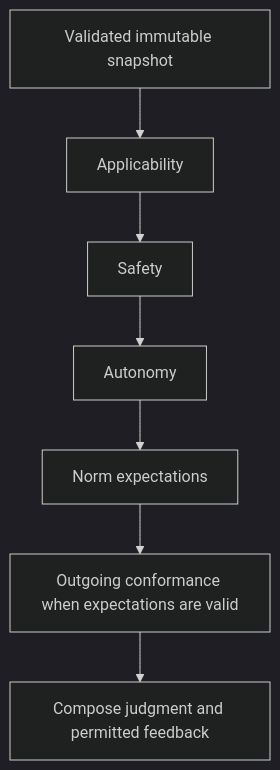
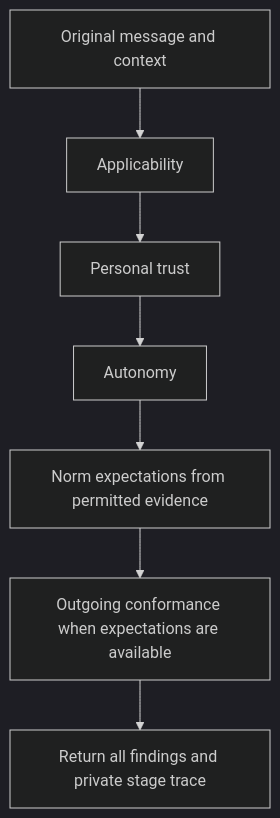
One commit to chughtapan/moltzap changed the first of 2 diagrams in docs/modules/client/src.mdx. Above: the diagram before and after it, drawn with Mermaid (dark theme). The commit also changed other lines of this file and 31 other files, not shown here.

````diff
--- a/docs/modules/client/src.mdx
+++ b/docs/modules/client/src.mdx
@@ -930,9 +1000,9 @@
 ```mermaid
 flowchart TD
-  S[Validated immutable snapshot] --> A[Applicability]
-  A --> F[Safety]
-  F --> U[Autonomy]
-  U --> N[Norm expectations]
-  N --> C[Outgoing conformance when expectations are valid]
-  C --> R[Compose judgment and permitted feedback]
+  I[Original message and context] --> A[Applicability]
+  A --> S[Personal trust]
+  S --> U[Autonomy]
+  U --> N[Norm expectations from permitted evidence]
+  N --> C[Outgoing conformance when expectations are available]
+  C --> R[Return all findings and private stage trace]
 ```
````
